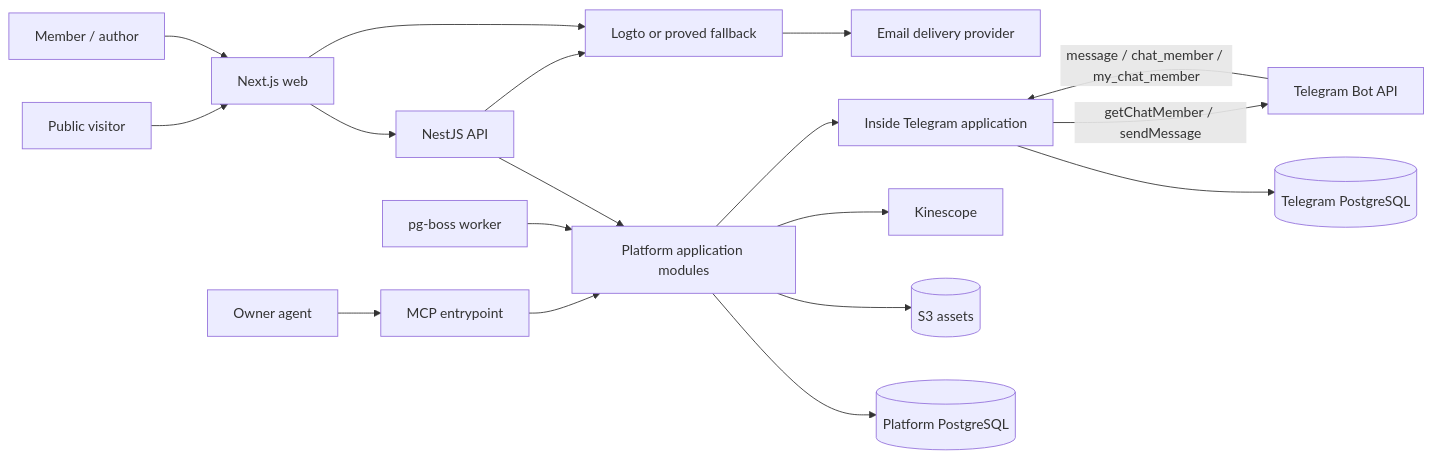
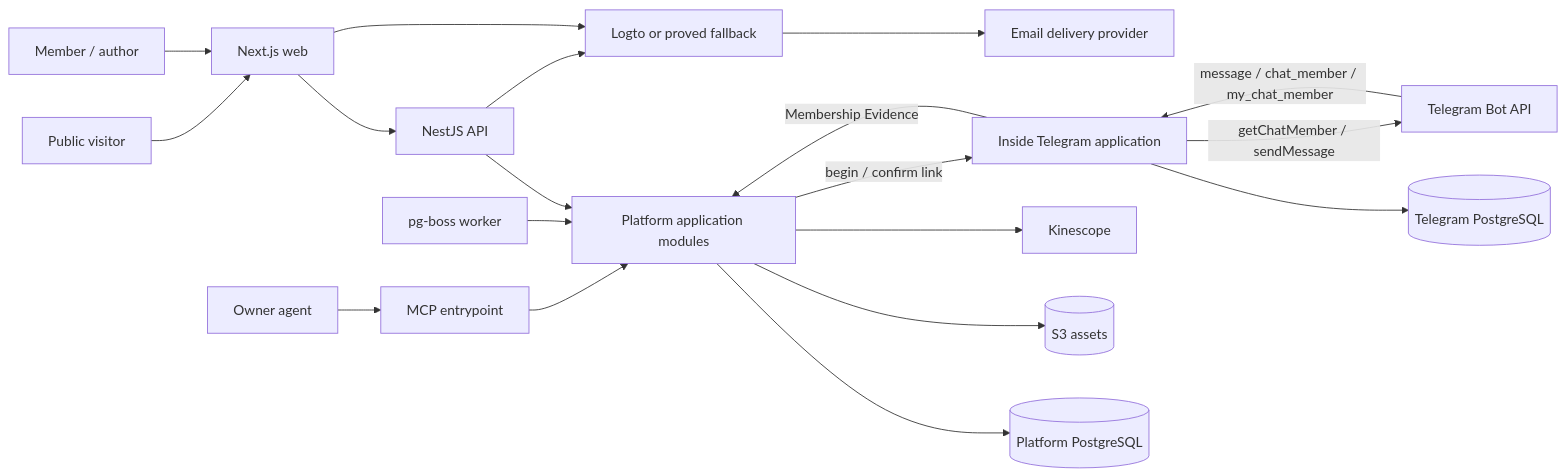
One commit to sachkov-inside/workspace changed the first of 2 diagrams in docs/specifications/platform-v1.md. Above: the diagram before and after it, drawn with Mermaid. The commit also changed other lines of this file and 1 other file, not shown here.

Commit message:
docs: close Telegram contract review findings

````diff
--- a/docs/specifications/platform-v1.md
+++ b/docs/specifications/platform-v1.md
@@ -165,20 +165,21 @@
 ```mermaid
 flowchart LR
     Visitor[Public visitor] --> Web[Next.js web]
     Member[Member / author] --> Web
     Agent[Owner agent] --> MCP[MCP entrypoint]
     Web --> API[NestJS API]
     MCP --> App[Platform application modules]
     API --> App
     Worker[pg-boss worker] --> App
     App --> PDB[(Platform PostgreSQL)]
     App --> S3[(S3 assets)]
     App --> Kin[Kinescope]
     Web --> IdP[Logto or proved fallback]
     API --> IdP
     IdP --> Email[Email delivery provider]
-    App --> Tg[Inside Telegram application]
+    App -->|begin / confirm link| Tg[Inside Telegram application]
+    Tg -->|Membership Evidence| App
     Tg --> TDB[(Telegram PostgreSQL)]
     Telegram -->|message / chat_member / my_chat_member| Tg
     Tg -->|getChatMember / sendMessage| Telegram[Telegram Bot API]
 ```
````
